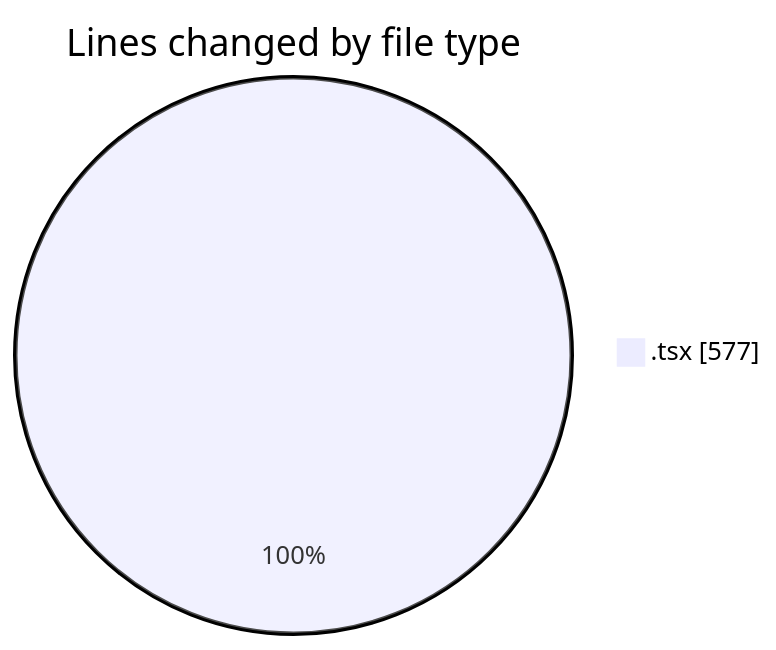
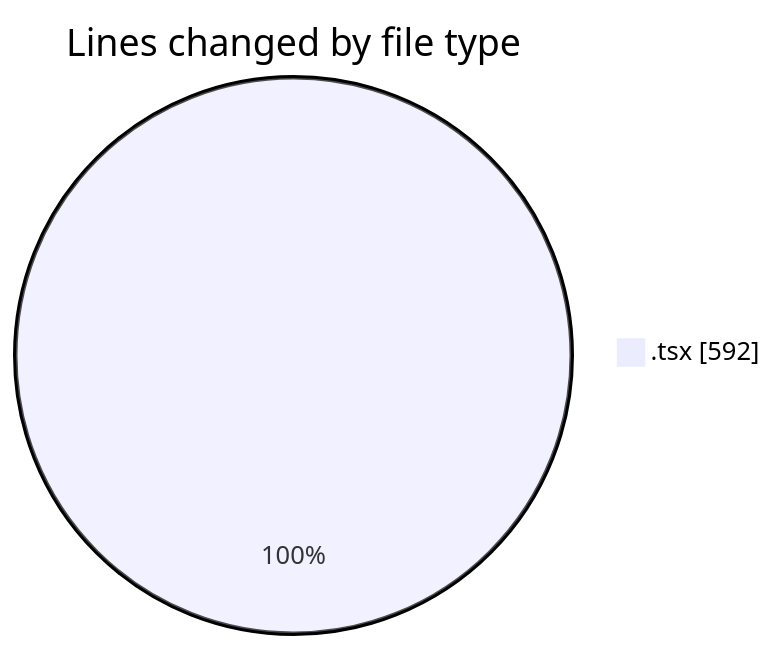
One commit to momahboobian/code-tracking changed the first of 2 diagrams in 2025-02-12/cda/README.md. Above: the diagram before and after it, drawn with Mermaid. The commit also changed other lines of this file and 1 other file, not shown here.

````diff
--- a/2025-02-12/cda/README.md
+++ b/2025-02-12/cda/README.md
@@ -21,5 +21,5 @@
 ```mermaid
 pie showData
 title Lines changed by file type
-".tsx" : 577
+".tsx" : 592
 ```
````
